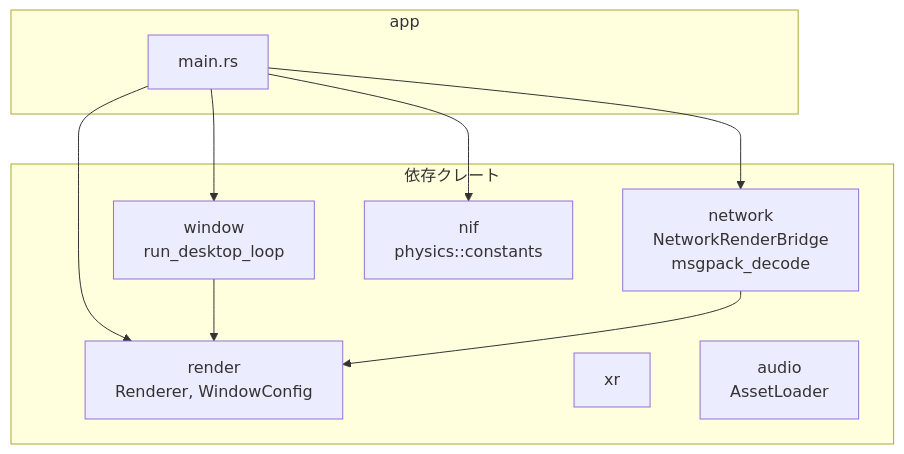
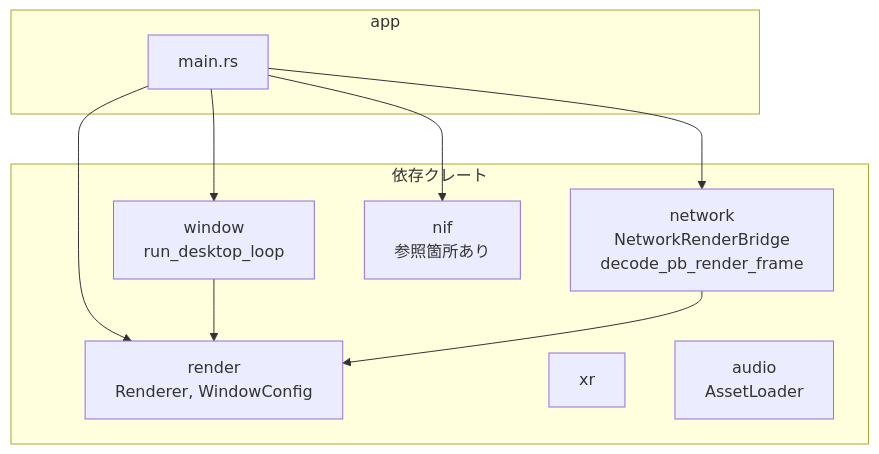
The first of 5 diagrams in docs/architecture/rust/desktop_client.md (FRICK-ELDY/alchemy-engine), drawn with Mermaid before and after one commit. The commit also changed other lines of this file and 50 other files, not shown here.

Commit message:
refactor(native): RenderFrame protobuf を render_frame_proto に分離し NIF から render を切り離す

````diff
--- a/docs/architecture/rust/desktop_client.md
+++ b/docs/architecture/rust/desktop_client.md
@@ -15,22 +17,22 @@
 ```mermaid
 flowchart TB
     subgraph app
         MAIN[main.rs]
     end
 
     subgraph 依存クレート
-        NETWORK[network<br/>NetworkRenderBridge<br/>msgpack_decode]
+        NETWORK[network<br/>NetworkRenderBridge<br/>decode_pb_render_frame]
         WINDOW[window<br/>run_desktop_loop]
         RENDER[render<br/>Renderer, WindowConfig]
-        NIF[nif<br/>physics::constants]
+        NIF[nif<br/>参照箇所あり]
         XR[xr]
         AUDIO[audio<br/>AssetLoader]
     end
 
     MAIN --> NETWORK
     MAIN --> WINDOW
     MAIN --> RENDER
     MAIN --> NIF
     WINDOW --> RENDER
     NETWORK --> RENDER
 ```
````
